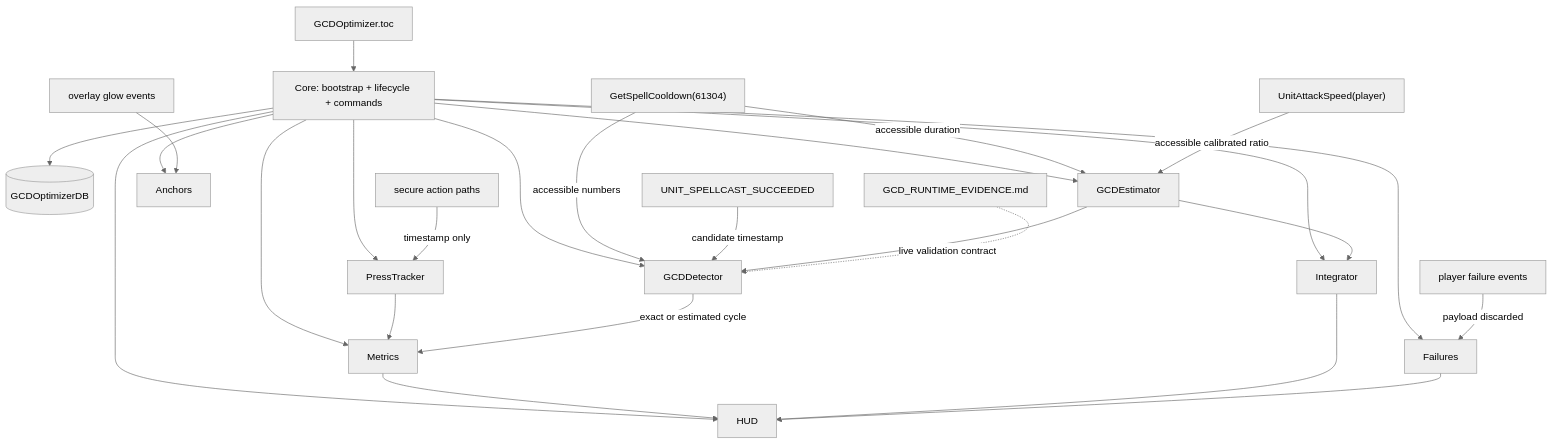
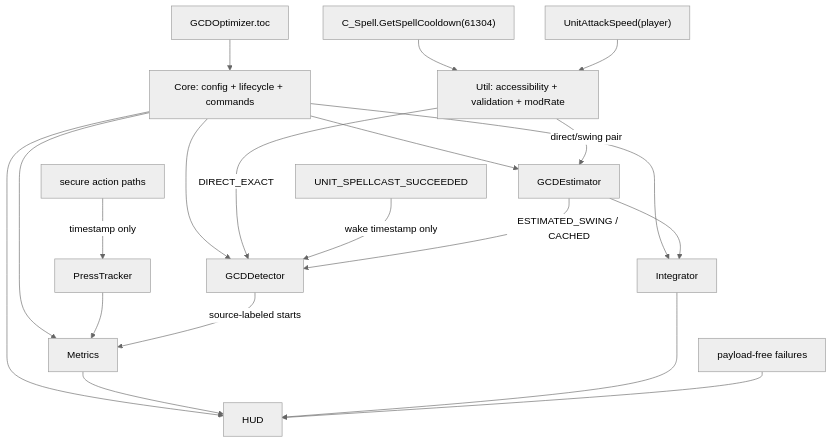
One commit to UnknownAlienHuman/gcd-optimizer changed the diagram in CODE_GRAPH.md. Above: the diagram before and after it, drawn with Mermaid (neutral theme). The commit also changed 21 other files, not shown here.

First line of the commit message:
Harden GCD observation and metrics for Retail 12.1.5 (#7)

````diff
--- a/CODE_GRAPH.md
+++ b/CODE_GRAPH.md
@@ -3,33 +3,24 @@
 ```mermaid
 flowchart TD
-  TOC["GCDOptimizer.toc"] --> Core["Core: bootstrap + lifecycle + commands"]
-  Core --> DB[("GCDOptimizerDB")]
+  TOC["GCDOptimizer.toc"] --> Core["Core: config + lifecycle + commands"]
   Core --> Detector["GCDDetector"]
   Core --> Estimator["GCDEstimator"]
   Core --> Metrics["Metrics"]
   Core --> Integrator["Integrator"]
   Core --> HUD["HUD"]
-  Core --> Press["PressTracker"]
-  Core --> Failures["Failures"]
-  Core --> Anchors["Anchors"]
 
-  Spell["GetSpellCooldown(61304)"] -->|accessible numbers| Detector
-  Spell -->|accessible duration| Estimator
+  Cooldown["C_Spell.GetSpellCooldown(61304)"] --> Boundary["Util: accessibility + validation + modRate"]
+  Swing["UnitAttackSpeed(player)"] --> Boundary
+  Boundary -->|DIRECT_EXACT| Detector
+  Boundary -->|direct/swing pair| Estimator
+  Success["UNIT_SPELLCAST_SUCCEEDED"] -->|wake timestamp only| Detector
+  Estimator -->|ESTIMATED_SWING / CACHED| Detector
 
-  Swing["UnitAttackSpeed(player)"] -->|accessible calibrated ratio| Estimator
-  Success["UNIT_SPELLCAST_SUCCEEDED"] -->|candidate timestamp| Detector
-  Estimator --> Detector
-
-  Action["secure action paths"] -->|timestamp only| Press
+  Actions["secure action paths"] -->|timestamp only| Press["PressTracker"]
   Press --> Metrics
-  Detector -->|exact or estimated cycle| Metrics
+  Detector -->|source-labeled starts| Metrics
   Estimator --> Integrator
   Metrics --> HUD
   Integrator --> HUD
-
-  CastFail["player failure events"] -->|payload discarded| Failures
-  Failures --> HUD
-  Overlay["overlay glow events"] --> Anchors
-
-  Evidence["GCD_RUNTIME_EVIDENCE.md"] -. "live validation contract" .-> Detector
+  Failures["payload-free failures"] --> HUD
 ```
````
